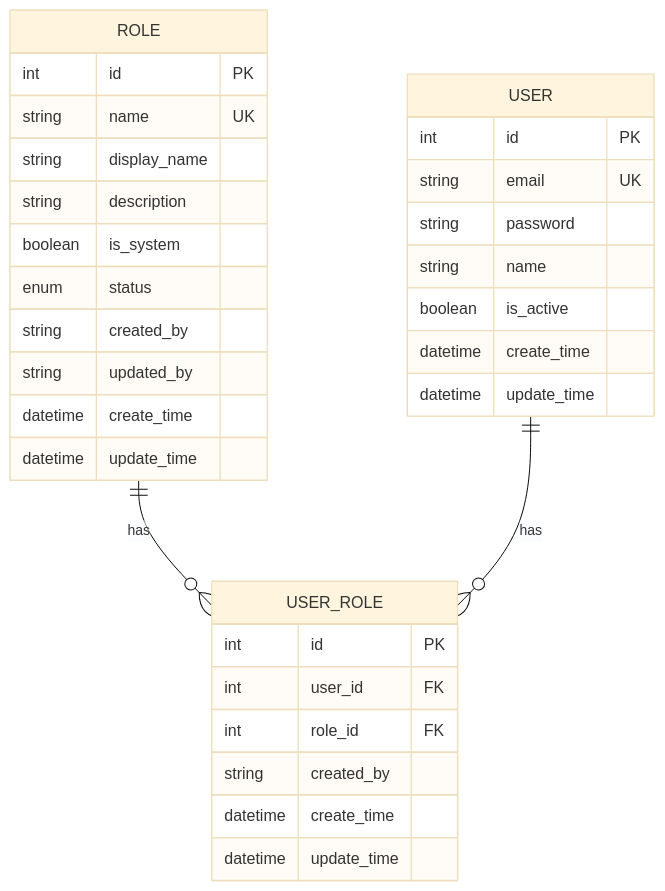
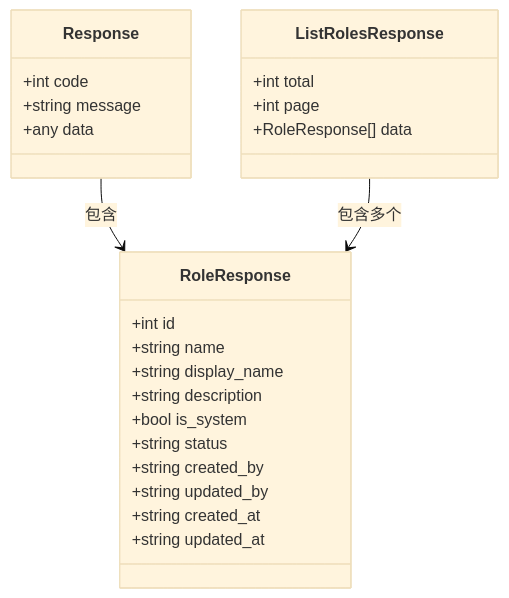
The third of 5 diagrams in .qoder/repowiki/zh/content/API接口文档/角色管理接口.md (wuwuseo/e-sports-go-admin), drawn with Mermaid (base theme) before and after one commit. The commit also changed other lines of this file and 141 other files, not shown here.

````diff
--- a/.qoder/repowiki/zh/content/API接口文档/角色管理接口.md
+++ b/.qoder/repowiki/zh/content/API接口文档/角色管理接口.md
@@ -507,34 +151,27 @@
 ```mermaid
-erDiagram
-ROLE {
-int id PK
-string name UK
-string display_name
-string description
-boolean is_system
-enum status
-string created_by
-string updated_by
-datetime create_time
-datetime update_time
+classDiagram
+class Response {
++int code
++string message
++any data
 }
-USER_ROLE {
-int id PK
-int user_id FK
-int role_id FK
-string created_by
-datetime create_time
-datetime update_time
+class RoleResponse {
++int id
++string name
++string display_name
++string description
++bool is_system
++string status
++string created_by
++string updated_by
++string created_at
++string updated_at
 }
-USER {
-int id PK
-string email UK
-string password
-string name
-boolean is_active
-datetime create_time
-datetime update_time
+class ListRolesResponse {
++int total
++int page
++RoleResponse[] data
 }
-ROLE ||--o{ USER_ROLE : "has"
-USER ||--o{ USER_ROLE : "has"
+Response --> RoleResponse : 包含
+ListRolesResponse --> RoleResponse : 包含多个
 ```
````
